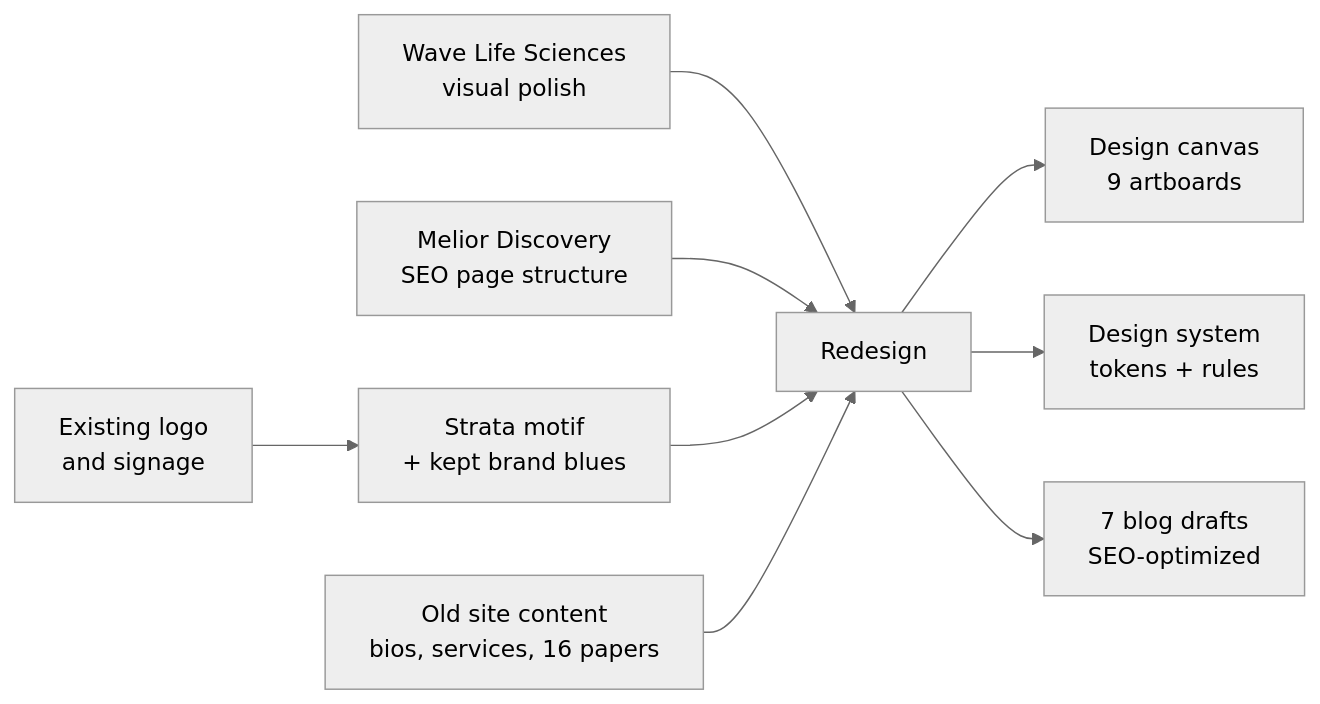
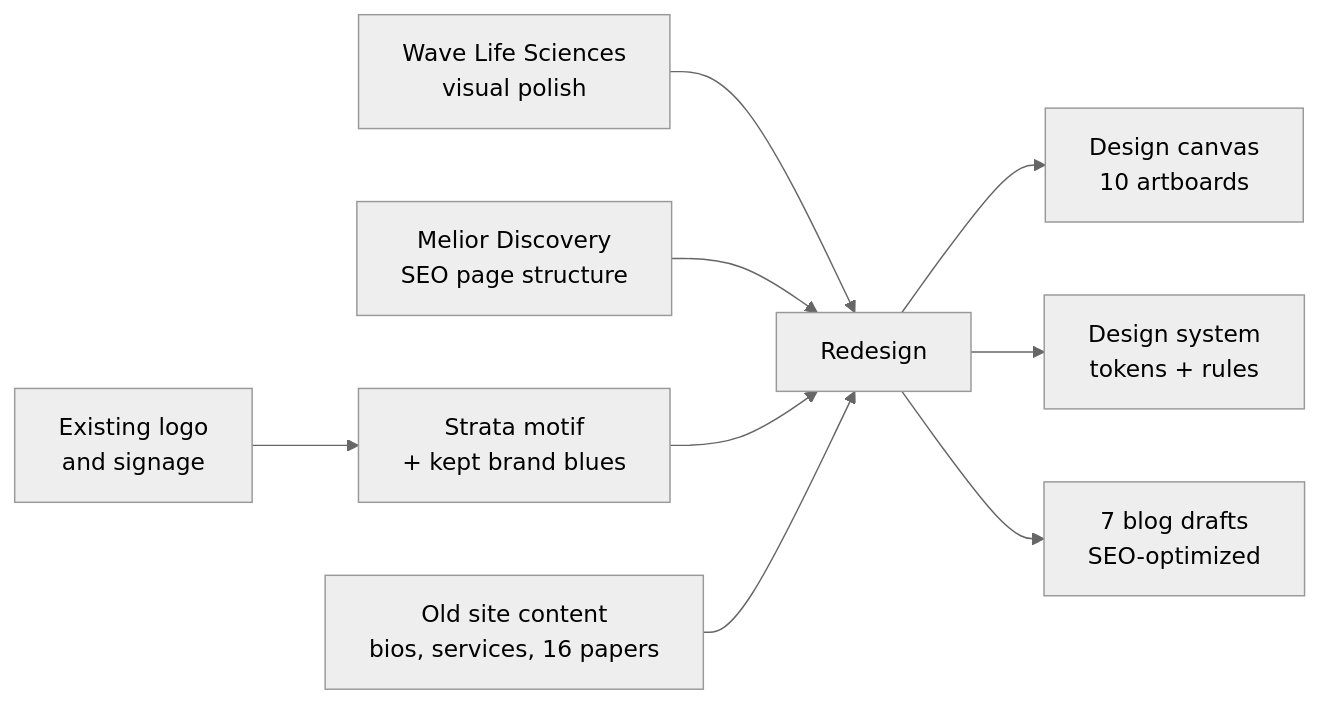
The first of 8 diagrams in README.md (CptNope/Alpha-Preclinical), drawn with Mermaid (neutral theme) before and after one commit. The commit also changed other lines of this file and 22 other files, not shown here.

````diff
--- a/README.md
+++ b/README.md
@@ -48,11 +48,11 @@
 ```mermaid
 flowchart LR
     A["Existing logo<br/>and signage"] --> D["Strata motif<br/>+ kept brand blues"]
     B["Wave Life Sciences<br/>visual polish"] --> E["Redesign"]
     C["Melior Discovery<br/>SEO page structure"] --> E
     D --> E
     F["Old site content<br/>bios, services, 16 papers"] --> E
-    E --> G["Design canvas<br/>9 artboards"]
+    E --> G["Design canvas<br/>10 artboards"]
     E --> H["Design system<br/>tokens + rules"]
     E --> I["7 blog drafts<br/>SEO-optimized"]
 ```
````
